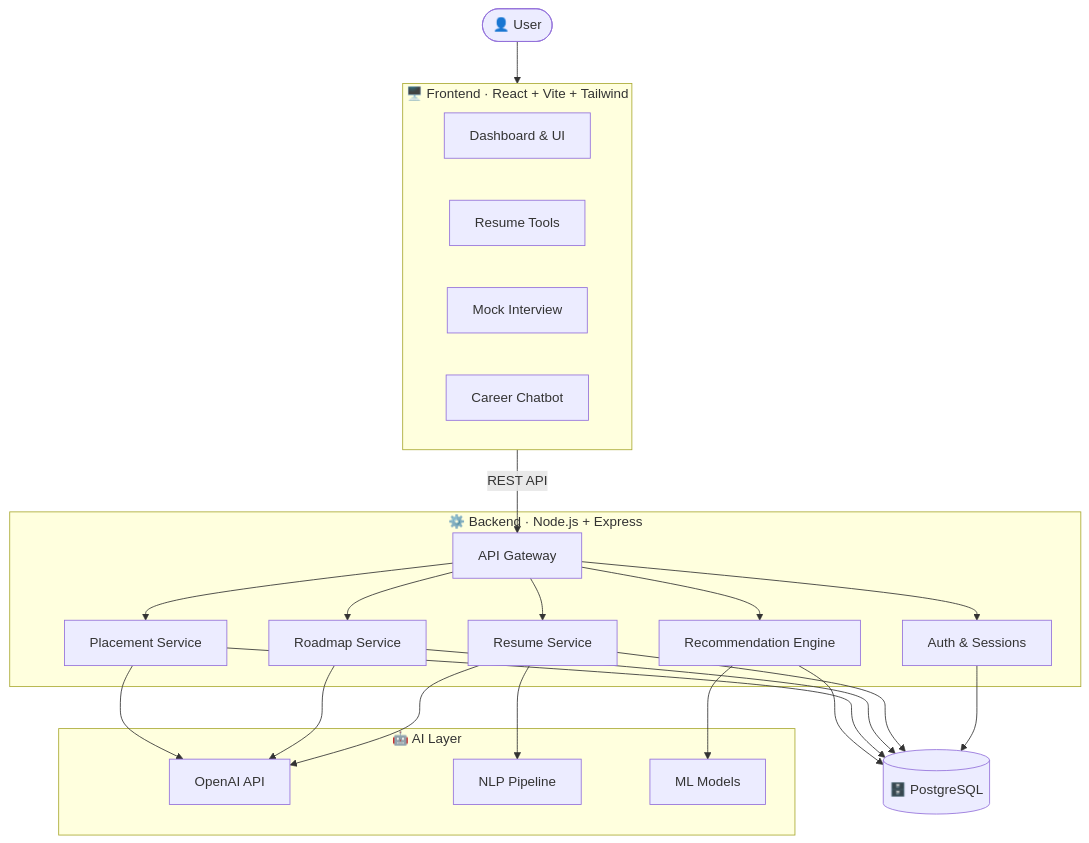
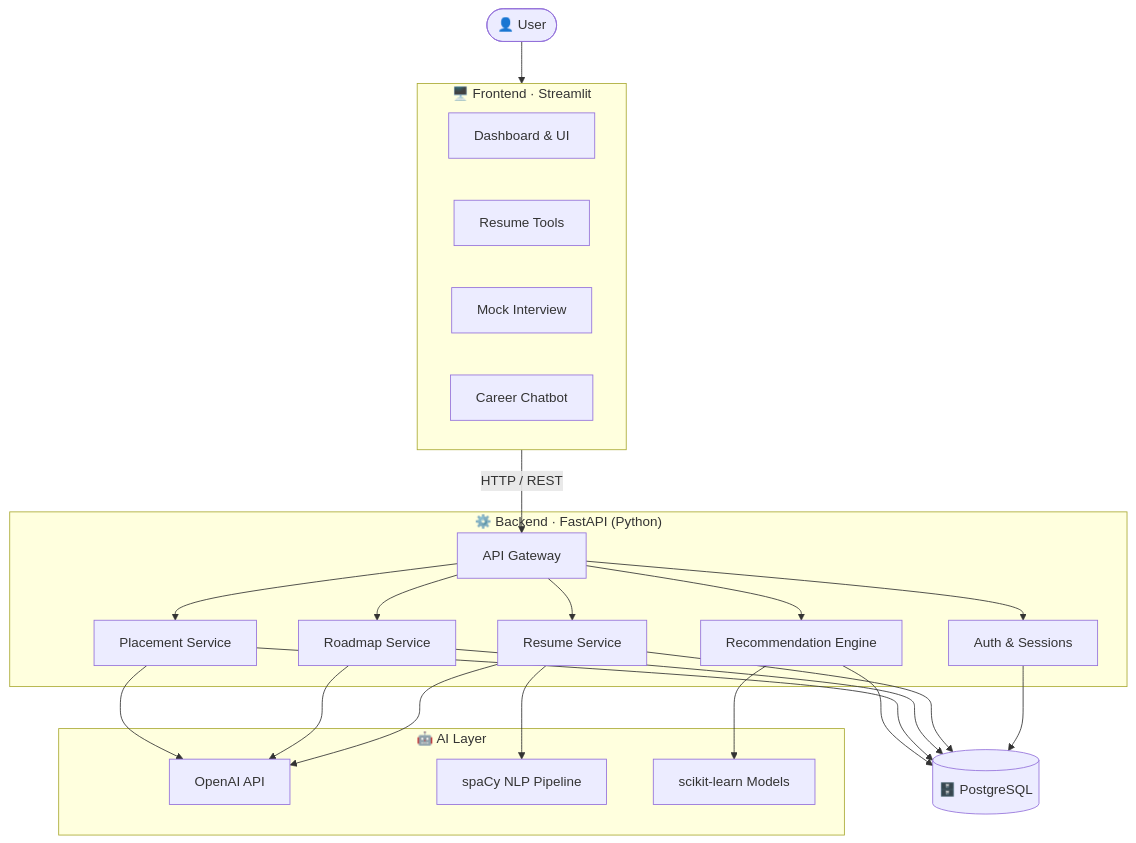
One commit to im-vishal-jain/Career-Pilot-AI-Learning changed the first of 3 diagrams in README.md. Above: the diagram before and after it, drawn with Mermaid. The commit also changed other lines of this file, not shown here.

````diff
--- a/README.md
+++ b/README.md
@@ -139,46 +139,46 @@
 ```mermaid
 flowchart TB
     U(["👤 User"]) --> FE
 
-    subgraph FE["🖥️ Frontend  ·  React + Vite + Tailwind"]
+    subgraph FE["🖥️ Frontend  ·  Streamlit"]
         UI["Dashboard & UI"]
         RB["Resume Tools"]
         MI["Mock Interview"]
         CH["Career Chatbot"]
     end
 
-    FE -->|"REST API"| API
+    FE -->|"HTTP / REST"| API
 
-    subgraph BE["⚙️ Backend  ·  Node.js + Express"]
+    subgraph BE["⚙️ Backend  ·  FastAPI (Python)"]
         API["API Gateway"]
         AUTH["Auth & Sessions"]
         RES["Resume Service"]
         CAR["Roadmap Service"]
         PRE["Placement Service"]
         REC["Recommendation Engine"]
     end
 
     subgraph AI["🤖 AI Layer"]
         LLM["OpenAI API"]
-        NLP["NLP Pipeline"]
-        ML["ML Models"]
+        NLP["spaCy NLP Pipeline"]
+        ML["scikit-learn Models"]
     end
 
     DB[("🗄️ PostgreSQL")]
 
     API --> AUTH
     API --> RES
     API --> CAR
     API --> PRE
     API --> REC
     RES --> NLP
     RES --> LLM
     CAR --> LLM
     PRE --> LLM
     REC --> ML
     AUTH --> DB
     RES --> DB
     CAR --> DB
     PRE --> DB
     REC --> DB
 ```
````
